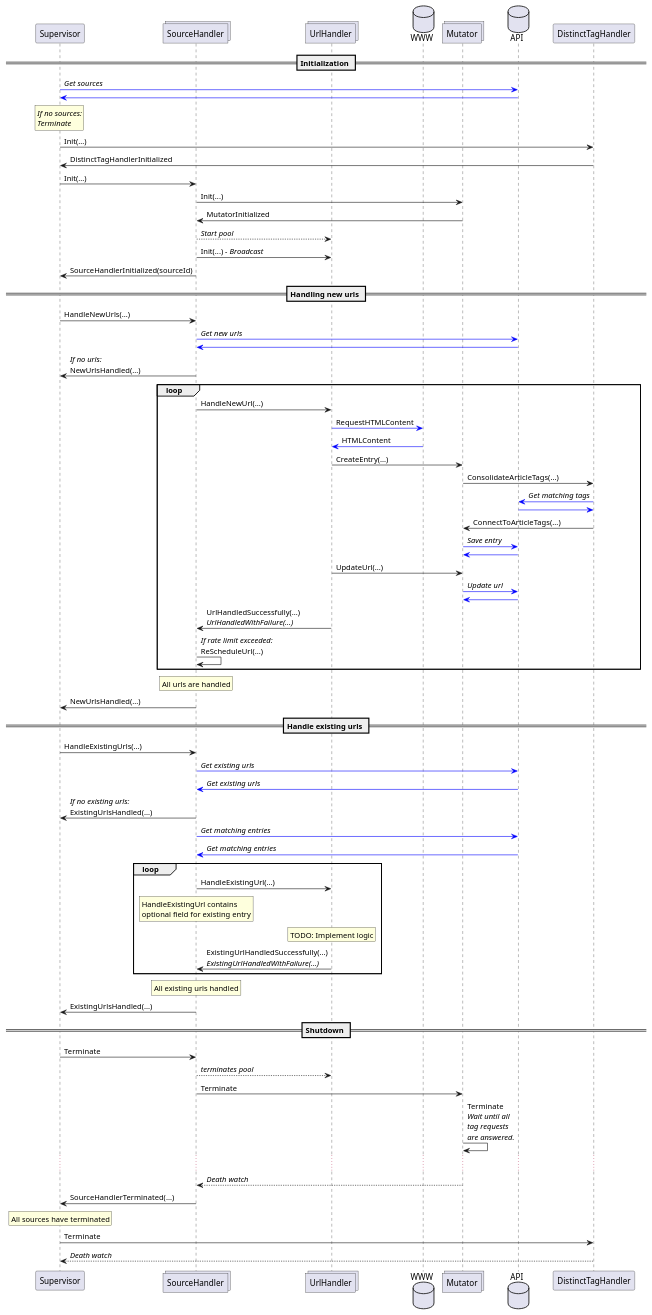
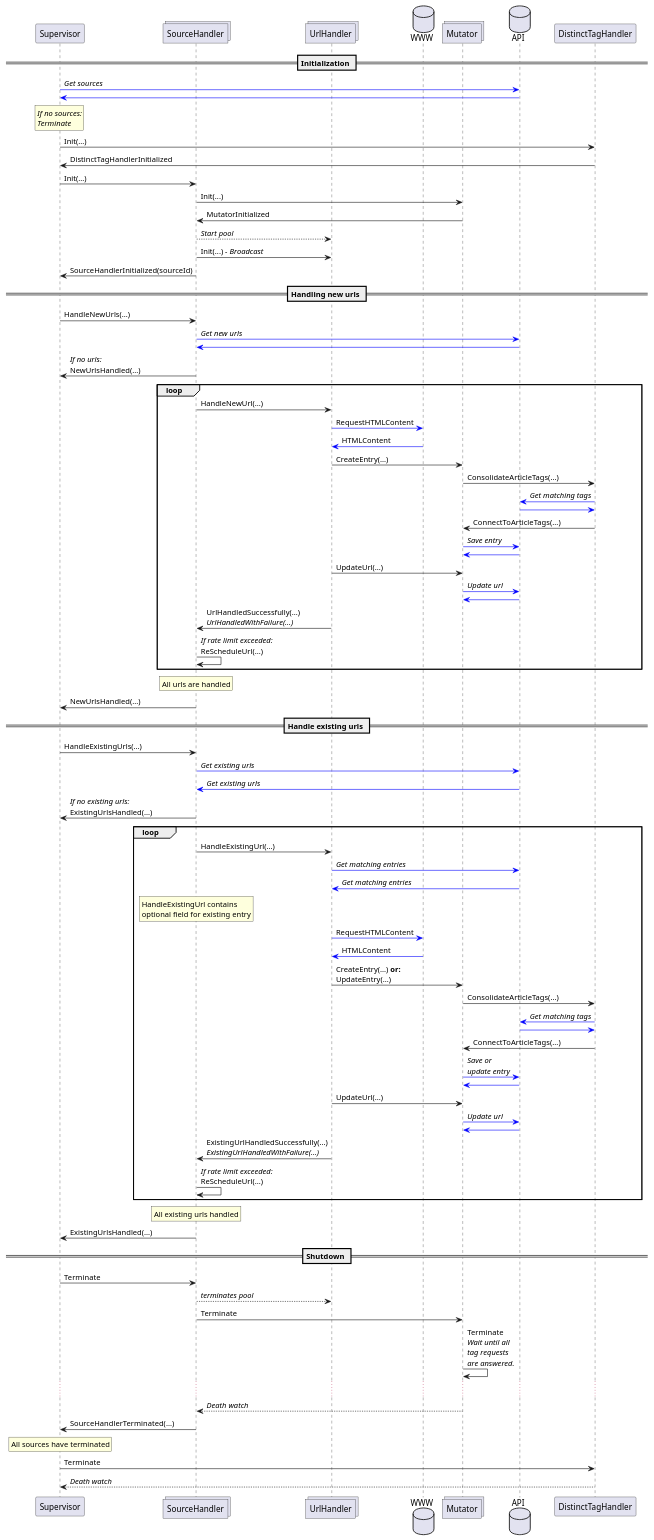
One commit to coverified/content_extractor changed the diagram in doc/proto.puml. Above: the diagram before and after it, drawn with PlantUML. The commit also changed 1 other file, not shown here.

```diff
--- a/doc/proto.puml
+++ b/doc/proto.puml
@@ -1,99 +1,111 @@
 @startuml
 participant Supervisor
 collections SourceHandler
 collections UrlHandler
 database WWW
 collections Mutator
 database API
 
 == Initialization ==
 Supervisor -[#blue]> API: //Get sources//
 API -[#blue]> Supervisor
 rnote over Supervisor: //If no sources://\n//Terminate//
 Supervisor -> DistinctTagHandler: Init(...)
 DistinctTagHandler -> Supervisor: DistinctTagHandlerInitialized
 
 Supervisor -> SourceHandler: Init(...)
 SourceHandler -> Mutator: Init(...)
 Mutator -> SourceHandler: MutatorInitialized
 SourceHandler --> UrlHandler: //Start pool//
 SourceHandler -> UrlHandler: Init(...) //- Broadcast//
 SourceHandler -> Supervisor: SourceHandlerInitialized(sourceId)
 
 == Handling new urls ==
 Supervisor -> SourceHandler: HandleNewUrls(...)
 SourceHandler -[#blue]> API: //Get new urls//
 API -[#blue]> SourceHandler
 SourceHandler -> Supervisor: //If no urls://\nNewUrlsHandled(...)
 
 loop
 SourceHandler -> UrlHandler: HandleNewUrl(...)
 UrlHandler -[#blue]> WWW: RequestHTMLContent
 WWW -[#blue]> UrlHandler: HTMLContent
 
 UrlHandler -> Mutator: CreateEntry(...)
 Mutator -> DistinctTagHandler: ConsolidateArticleTags(...)
 DistinctTagHandler -[#blue]> API: //Get matching tags//
 API -[#blue]> DistinctTagHandler
 DistinctTagHandler -> Mutator: ConnectToArticleTags(...)
 Mutator -[#blue]> API: //Save entry//
 API -[#blue]> Mutator
 ' TODO: Feed back about handled entry
 UrlHandler -> Mutator: UpdateUrl(...)
 Mutator -[#blue]> API: //Update url//
 API -[#blue]> Mutator
 ' TODO: Feed back about handled url
 UrlHandler -> SourceHandler: UrlHandledSuccessfully(...)\n//UrlHandledWithFailure(...)//
 
 SourceHandler -> SourceHandler: //If rate limit exceeded://\nReScheduleUrl(...)
 end loop
 
 rnote over SourceHandler
     All urls are handled
 endrnote
 
 SourceHandler -> Supervisor: NewUrlsHandled(...)
 
 == Handle existing urls ==
 
 Supervisor -> SourceHandler: HandleExistingUrls(...)
 SourceHandler -[#blue]> API: //Get existing urls//
 API -[#blue]> SourceHandler: //Get existing urls//
 SourceHandler -> Supervisor: //If no existing urls://\nExistingUrlsHandled(...)
-SourceHandler -[#blue]> API: //Get matching entries//
-API -[#blue]> SourceHandler: //Get matching entries//
 
 loop
     SourceHandler -> UrlHandler: HandleExistingUrl(...)
+    UrlHandler -[#blue]> API: //Get matching entries//
+    API -[#blue]> UrlHandler: //Get matching entries//
     rnote over SourceHandler: HandleExistingUrl contains\noptional field for existing entry
+    UrlHandler -[#blue]> WWW: RequestHTMLContent
+    WWW -[#blue]> UrlHandler: HTMLContent
 
-    rnote over UrlHandler: TODO: Implement logic
+    UrlHandler -> Mutator: CreateEntry(...) **or:**\nUpdateEntry(...)
+    Mutator -> DistinctTagHandler: ConsolidateArticleTags(...)
+    DistinctTagHandler -[#blue]> API: //Get matching tags//
+    API -[#blue]> DistinctTagHandler
+    DistinctTagHandler -> Mutator: ConnectToArticleTags(...)
+    Mutator -[#blue]> API: //Save or//\n//update entry//
+    API -[#blue]> Mutator
+    UrlHandler -> Mutator: UpdateUrl(...)
+    Mutator -[#blue]> API: //Update url//
+    API -[#blue]> Mutator
 
     UrlHandler -> SourceHandler: ExistingUrlHandledSuccessfully(...)\n//ExistingUrlHandledWithFailure(...)//
 
+    SourceHandler -> SourceHandler: //If rate limit exceeded://\nReScheduleUrl(...)
 end loop
 
 rnote over SourceHandler
     All existing urls handled
 endrnote
 
 SourceHandler -> Supervisor: ExistingUrlsHandled(...)
 
 == Shutdown ==
 
 Supervisor -> SourceHandler: Terminate
 SourceHandler --> UrlHandler: //terminates pool//
 SourceHandler -> Mutator: Terminate
 Mutator -> Mutator: Terminate\n//Wait until all//\n//tag requests//\n//are answered.//
 ...
 Mutator --> SourceHandler: //Death watch//
 
 SourceHandler -> Supervisor:SourceHandlerTerminated(...)
 
 rnote over Supervisor
     All sources have terminated
 endrnote
 Supervisor -> DistinctTagHandler: Terminate
 DistinctTagHandler --> Supervisor: //Death watch//
 
 @enduml
```
